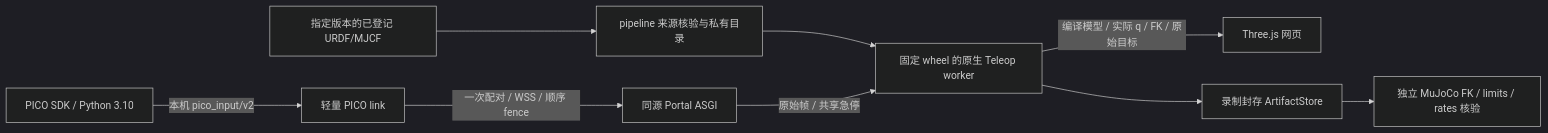
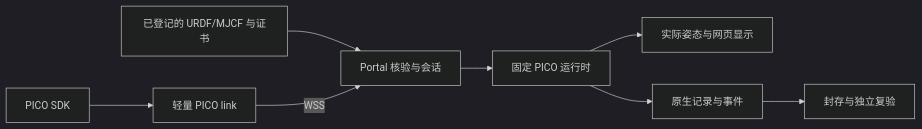
One commit to mimicverse/description-pipeline changed the diagram in docs/pico-upper-body.md. Above: the diagram before and after it, drawn with Mermaid (dark theme). The commit also changed other lines of this file, not shown here.

Commit message:
Replace PICO development history with a focused operating guide

````diff
--- a/docs/pico-upper-body.md
+++ b/docs/pico-upper-body.md
@@ -9,11 +7,10 @@
 ```mermaid
 flowchart LR
-    A[指定版本的已登记 URDF/MJCF] --> B[pipeline 来源核验与私有目录]
-    B --> C[固定 wheel 的原生 Teleop worker]
-    D[PICO SDK / Python 3.10] -->|本机 pico_input/v2| E[轻量 PICO link]
-    E -->|一次配对 / WSS / 顺序 fence| F[同源 Portal ASGI]
-    F -->|原始帧 / 共享急停| C
-    C -->|编译模型 / 实际 q / FK / 原始目标| G[Three.js 网页]
-    C --> H[录制封存 ArtifactStore]
-    H --> I[独立 MuJoCo FK / limits / rates 核验]
+    A[已登记的 URDF/MJCF 与证书] --> B[Portal 核验与会话]
+    C[PICO SDK] --> D[轻量 PICO link]
+    D -->|WSS| B
+    B --> E[固定 PICO 运行时]
+    E --> F[实际姿态与网页显示]
+    E --> G[原生记录与事件]
+    G --> H[封存与独立复验]
 ```
````
